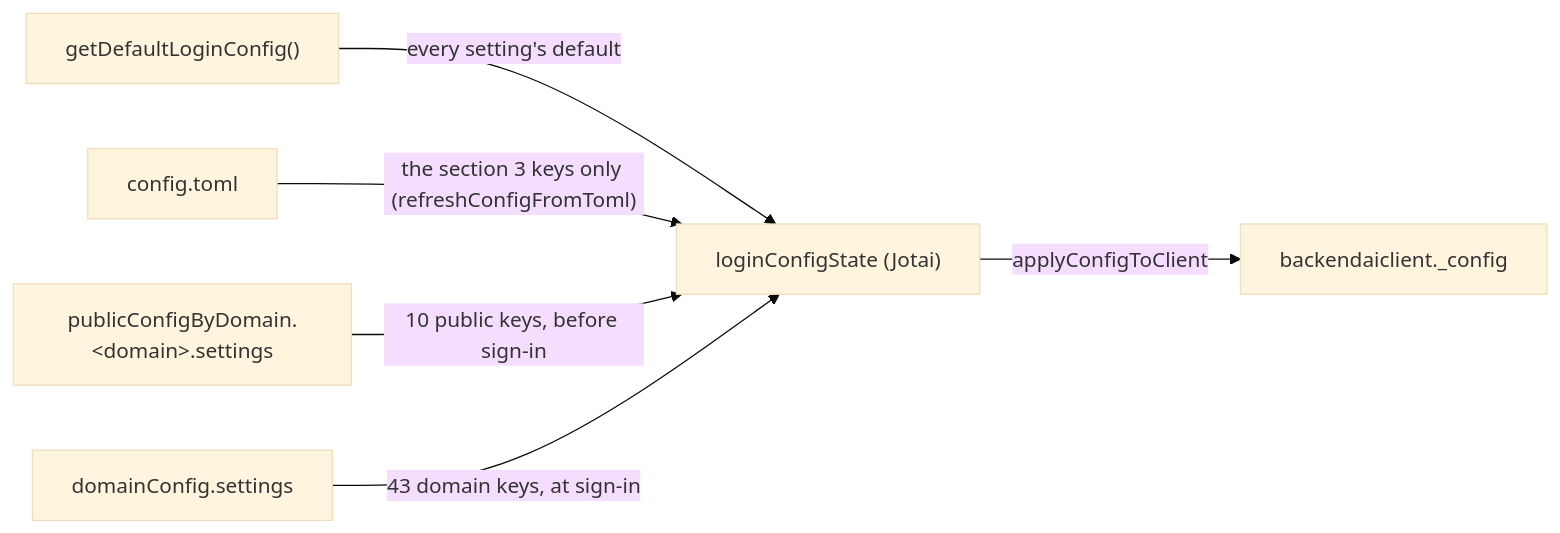
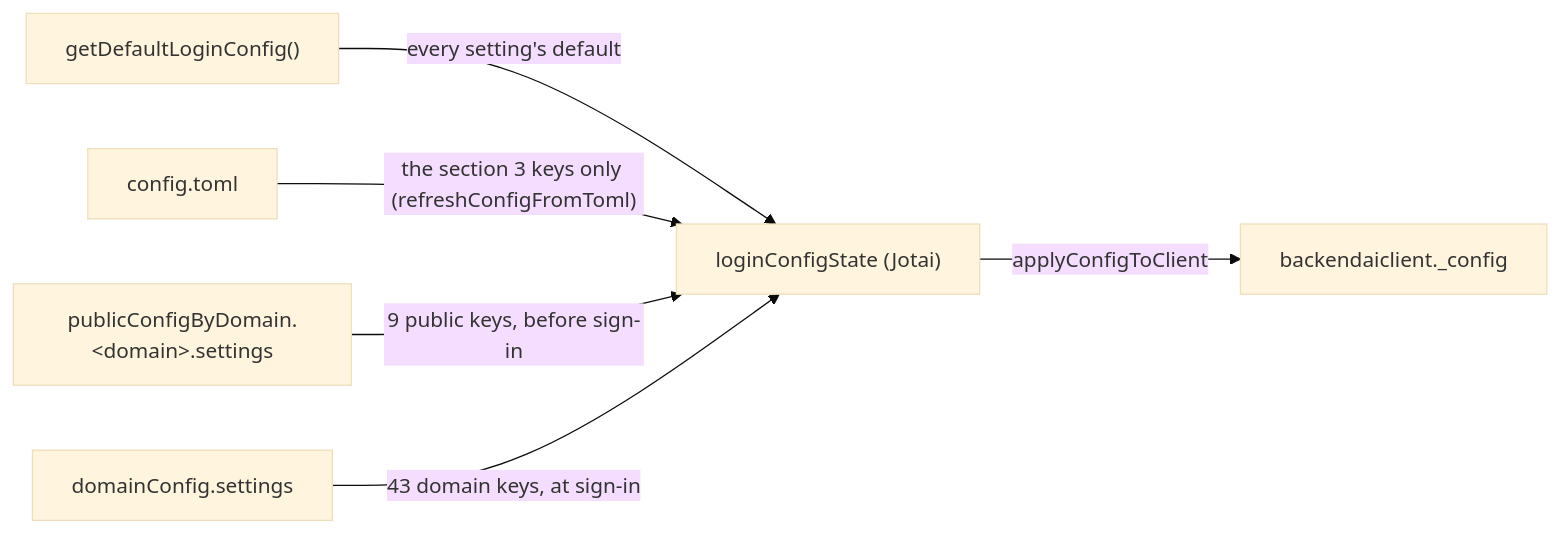
Before and after one commit to lablup/backend.ai-webui: the first of 2 diagrams in docs/adr/0028-webui-settings-in-the-app-config-settings-key.ko.md, drawn with Mermaid (base theme). The commit also changed other lines of this file and 49 other files, not shown here.

````diff
--- a/docs/adr/0028-webui-settings-in-the-app-config-settings-key.ko.md
+++ b/docs/adr/0028-webui-settings-in-the-app-config-settings-key.ko.md
@@ -23,14 +23,14 @@
 ```mermaid
 flowchart LR
   defaults["getDefaultLoginConfig()"]
   toml["config.toml"]
   pub["publicConfigByDomain.&lt;domain&gt;.settings"]
   dom["domainConfig.settings"]
   state["loginConfigState (Jotai)"]
   client["backendaiclient._config"]
   defaults -- "every setting's default" --> state
   toml -- "the section 3 keys only (refreshConfigFromToml)" --> state
-  pub -- "10 public keys, before sign-in" --> state
+  pub -- "9 public keys, before sign-in" --> state
   dom -- "43 domain keys, at sign-in" --> state
   state -- "applyConfigToClient" --> client
 ```
````
